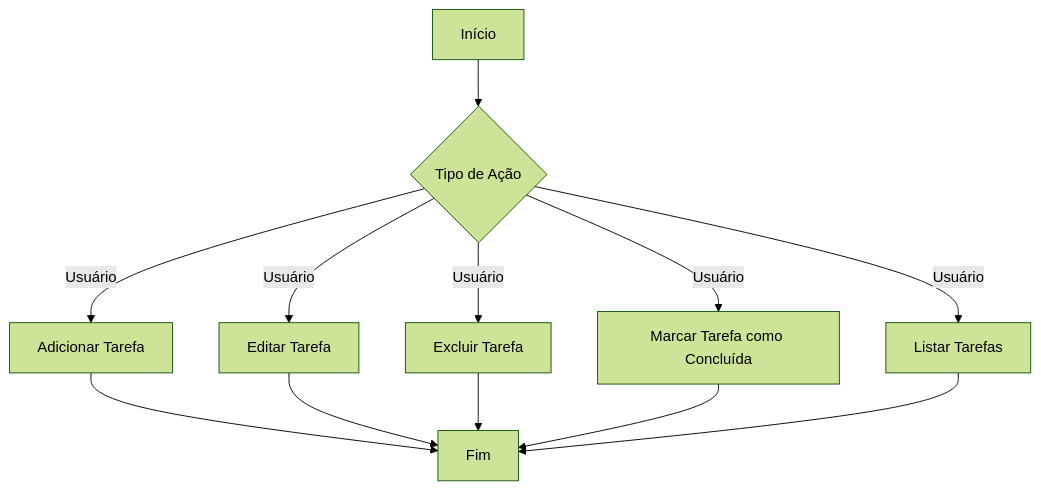
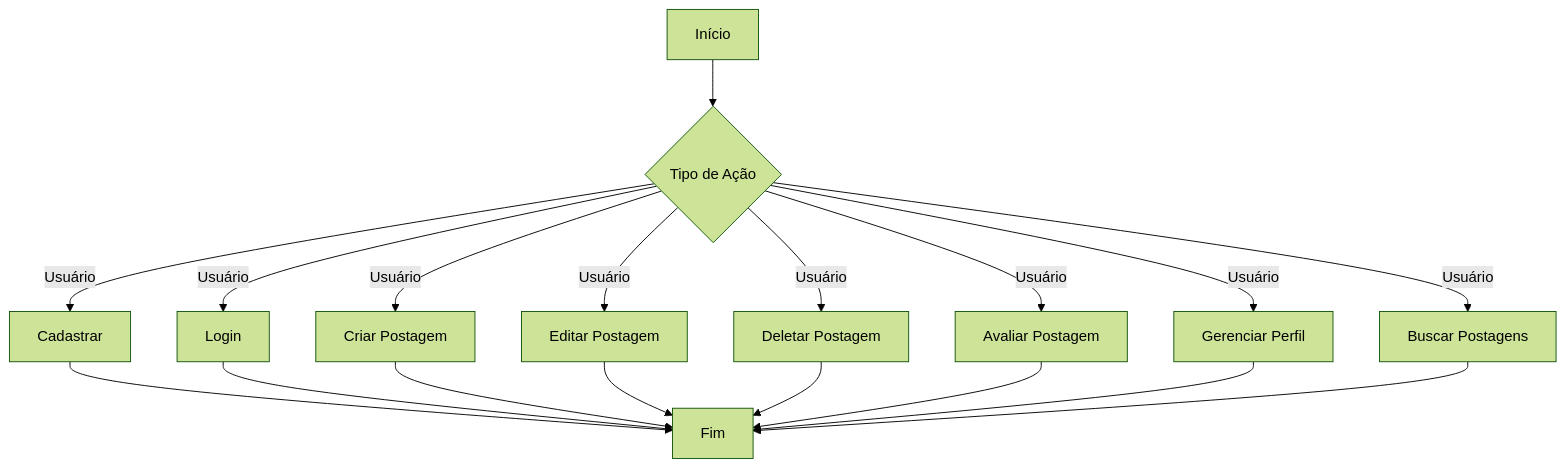
The second of 3 diagrams in README.md (GuiBrum22/blog-nodejs), drawn with Mermaid (forest theme) before and after one commit. The commit also changed other lines of this file, not shown here.

````diff
--- a/README.md
+++ b/README.md
@@ -135,17 +147,24 @@
 ```mermaid
   flowchart TD
     A[Início] --> B{Tipo de Ação}
 
-    B -->|Usuário| C[Adicionar Tarefa]
-    B -->|Usuário| D[Editar Tarefa]
-    B -->|Usuário| E[Excluir Tarefa]
-    B -->|Usuário| F[Marcar Tarefa como Concluída]
-    B -->|Usuário| G[Listar Tarefas]
+    B -->|Usuário| C[Cadastrar]
+    B -->|Usuário| D[Login]
+    B -->|Usuário| E[Criar Postagem]
+    B -->|Usuário| F[Editar Postagem]
+    B -->|Usuário| G[Deletar Postagem]
+    B -->|Usuário| H[Avaliar Postagem]
+    B -->|Usuário| I[Gerenciar Perfil]
+    B -->|Usuário| J[Buscar Postagens]
 
-    C --> H[Fim]
-    D --> H
-    E --> H
-    F --> H
-    G --> H
+    C --> K[Fim]
+    D --> K
+    E --> K
+    F --> K
+    G --> K
+    H --> K
+    I --> K
+    J --> K
+
 
 ```
````
